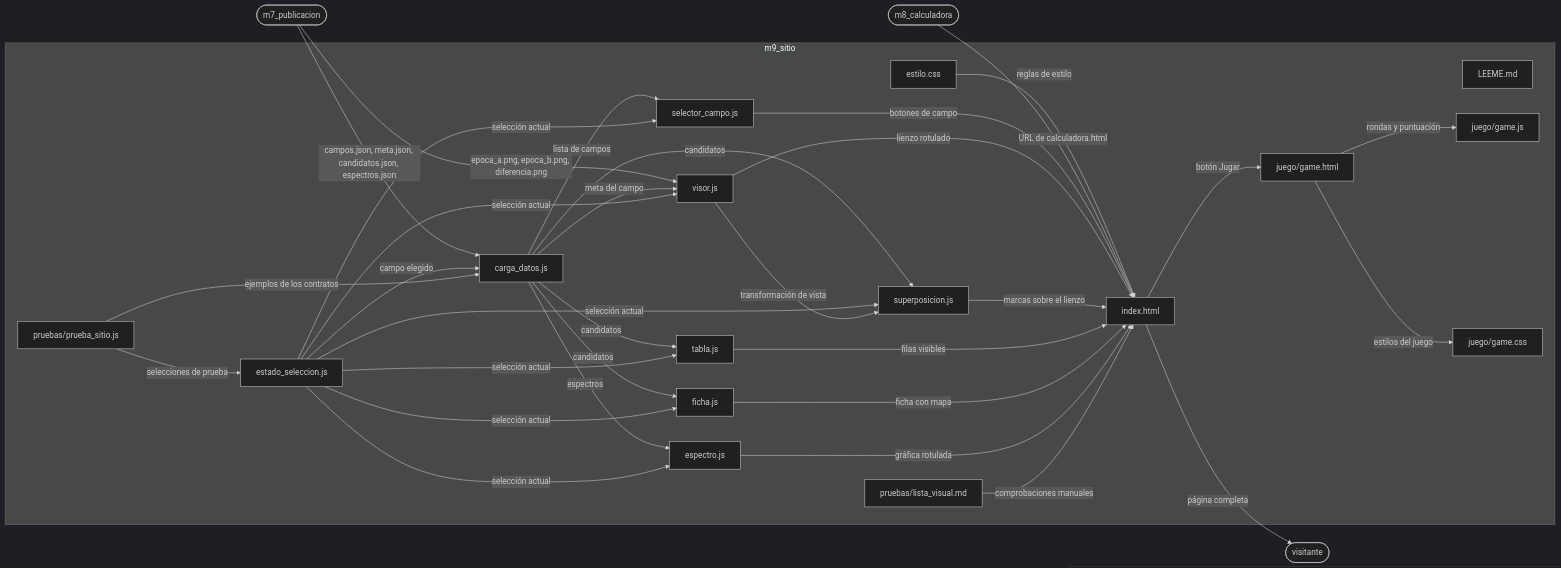
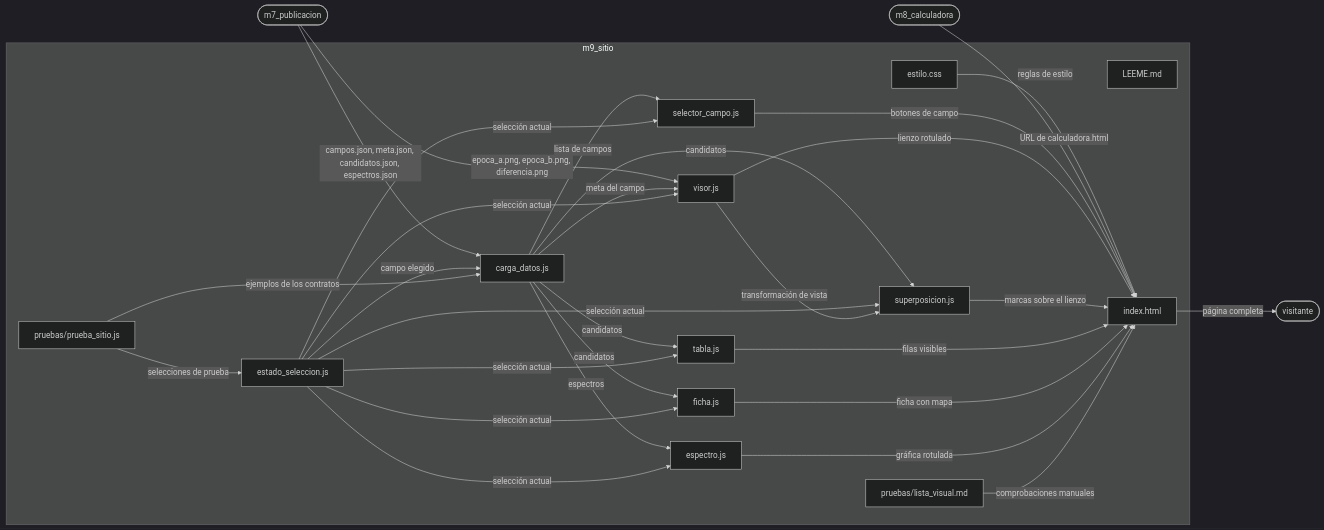
Before and after one commit to Beltranpcb/AstroNova: the tenth of 19 diagrams in ARQUITECTURA.md, drawn with Mermaid (dark theme). The commit also changed other lines of this file and 8 other files, not shown here.

````diff
--- a/ARQUITECTURA.md
+++ b/ARQUITECTURA.md
@@ -474,55 +474,49 @@
 ```mermaid
 flowchart LR
   subgraph MODULO["m9_sitio"]
     f0["LEEME.md"]
     f1["index.html"]
     f2["estilo.css"]
     f3["estado_seleccion.js"]
     f4["carga_datos.js"]
     f5["selector_campo.js"]
     f6["visor.js"]
     f7["superposicion.js"]
     f8["tabla.js"]
     f9["ficha.js"]
     f10["espectro.js"]
     f11["pruebas/prueba_sitio.js"]
     f12["pruebas/lista_visual.md"]
-    f13["juego/game.html"]
-    f14["juego/game.js"]
-    f15["juego/game.css"]
   end
   e0(["m7_publicacion"])
   e1(["m8_calculadora"])
   e2(["visitante"])
   f2 -->|"reglas de estilo"| f1
   e0 -->|"campos.json, meta.json, candidatos.json, espectros.json"| f4
   e0 -->|"epoca_a.png, epoca_b.png, diferencia.png"| f6
   e1 -->|"URL de calculadora.html"| f1
   f3 -->|"campo elegido"| f4
   f4 -->|"lista de campos"| f5
   f4 -->|"meta del campo"| f6
   f4 -->|"candidatos"| f7
   f4 -->|"candidatos"| f8
   f4 -->|"candidatos"| f9
   f4 -->|"espectros"| f10
   f3 -->|"selección actual"| f5
   f3 -->|"selección actual"| f6
   f3 -->|"selección actual"| f7
   f3 -->|"selección actual"| f8
   f3 -->|"selección actual"| f9
   f3 -->|"selección actual"| f10
   f6 -->|"transformación de vista"| f7
   f5 -->|"botones de campo"| f1
   f6 -->|"lienzo rotulado"| f1
   f7 -->|"marcas sobre el lienzo"| f1
   f8 -->|"filas visibles"| f1
   f9 -->|"ficha con mapa"| f1
   f10 -->|"gráfica rotulada"| f1
-  f1 -->|"botón Jugar"| f13
-  f13 -->|"rondas y puntuación"| f14
-  f13 -->|"estilos del juego"| f15
   f1 -->|"página completa"| e2
   f11 -->|"ejemplos de los contratos"| f4
   f11 -->|"selecciones de prueba"| f3
   f12 -->|"comprobaciones manuales"| f1
 ```
````
